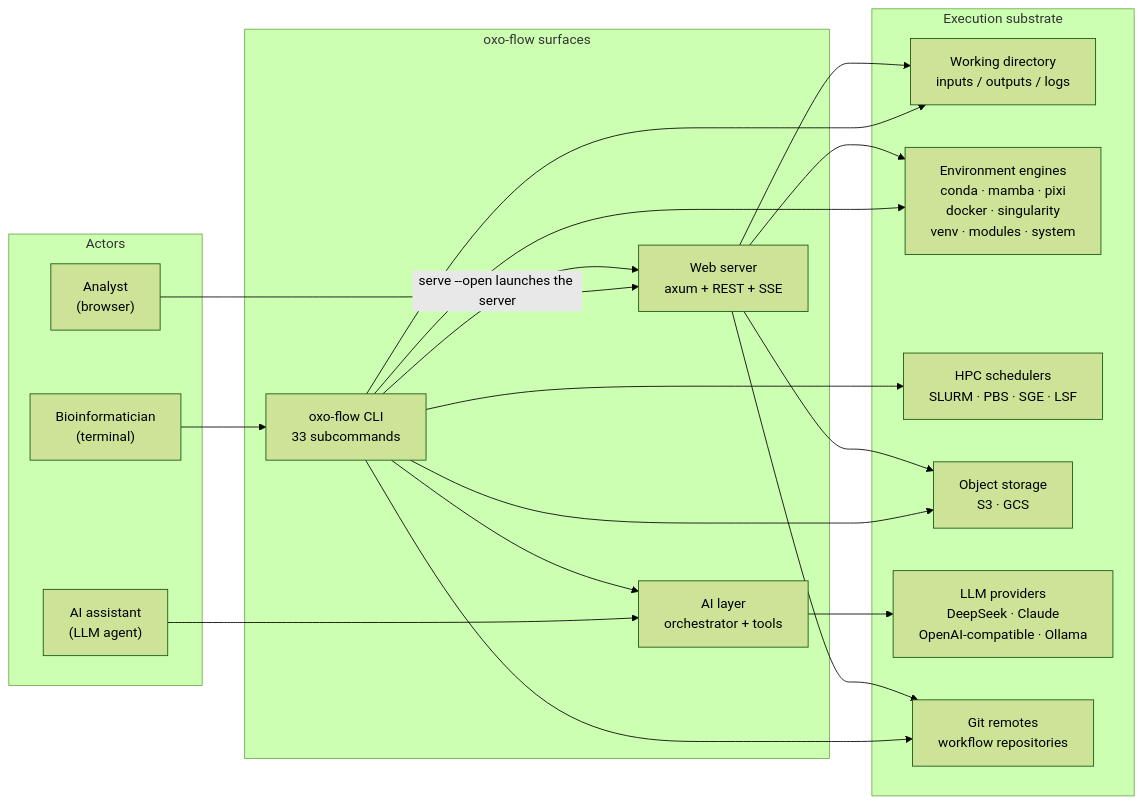
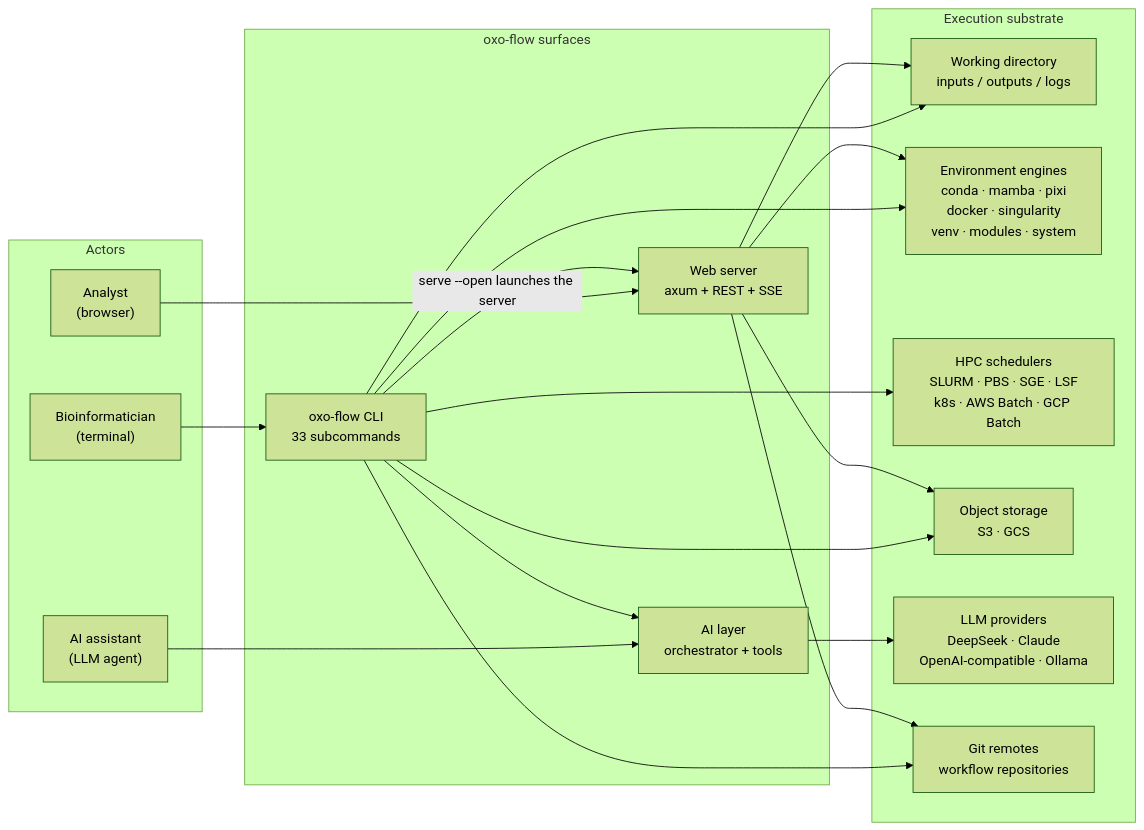
Before and after one commit to Traitome/oxo-flow: the first of 12 diagrams in docs/guide/src/reference/architecture.md, drawn with Mermaid (forest theme). The commit also changed other lines of this file and 6 other files, not shown here.

````diff
--- a/docs/guide/src/reference/architecture.md
+++ b/docs/guide/src/reference/architecture.md
@@ -50,40 +50,40 @@
 ```mermaid
 flowchart LR
     subgraph actors["Actors"]
         bio["Bioinformatician<br/>(terminal)"]
         webuser["Analyst<br/>(browser)"]
         agent["AI assistant<br/>(LLM agent)"]
     end
 
     subgraph surfaces["oxo-flow surfaces"]
         cli["oxo-flow CLI<br/>33 subcommands"]
         web["Web server<br/>axum + REST + SSE"]
         ai["AI layer<br/>orchestrator + tools"]
     end
 
     subgraph world["Execution substrate"]
         fs["Working directory<br/>inputs / outputs / logs"]
         env["Environment engines<br/>conda · mamba · pixi<br/>docker · singularity<br/>venv · modules · system"]
-        hpc["HPC schedulers<br/>SLURM · PBS · SGE · LSF"]
+        hpc["HPC schedulers<br/>SLURM · PBS · SGE · LSF<br/>k8s · AWS Batch · GCP Batch"]
         obj["Object storage<br/>S3 · GCS"]
         llm["LLM providers<br/>DeepSeek · Claude<br/>OpenAI-compatible · Ollama"]
         git["Git remotes<br/>workflow repositories"]
     end
 
     bio --> cli
     webuser --> web
     cli -- "serve --open launches the server" --> web
     agent --> ai
     cli --> ai
 
     cli --> fs
     web --> fs
     cli --> env
     web --> env
     cli --> hpc
     cli --> obj
     web --> obj
     cli --> git
     web --> git
     ai --> llm
 ```
````
